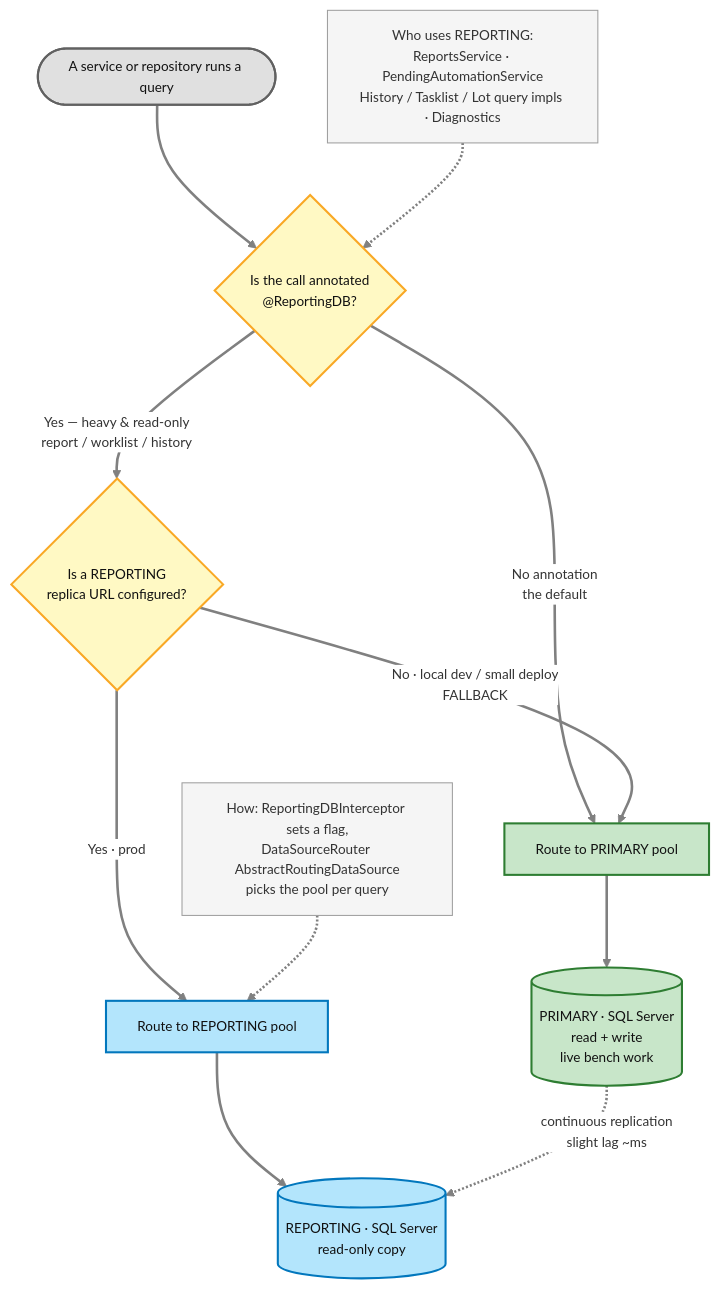
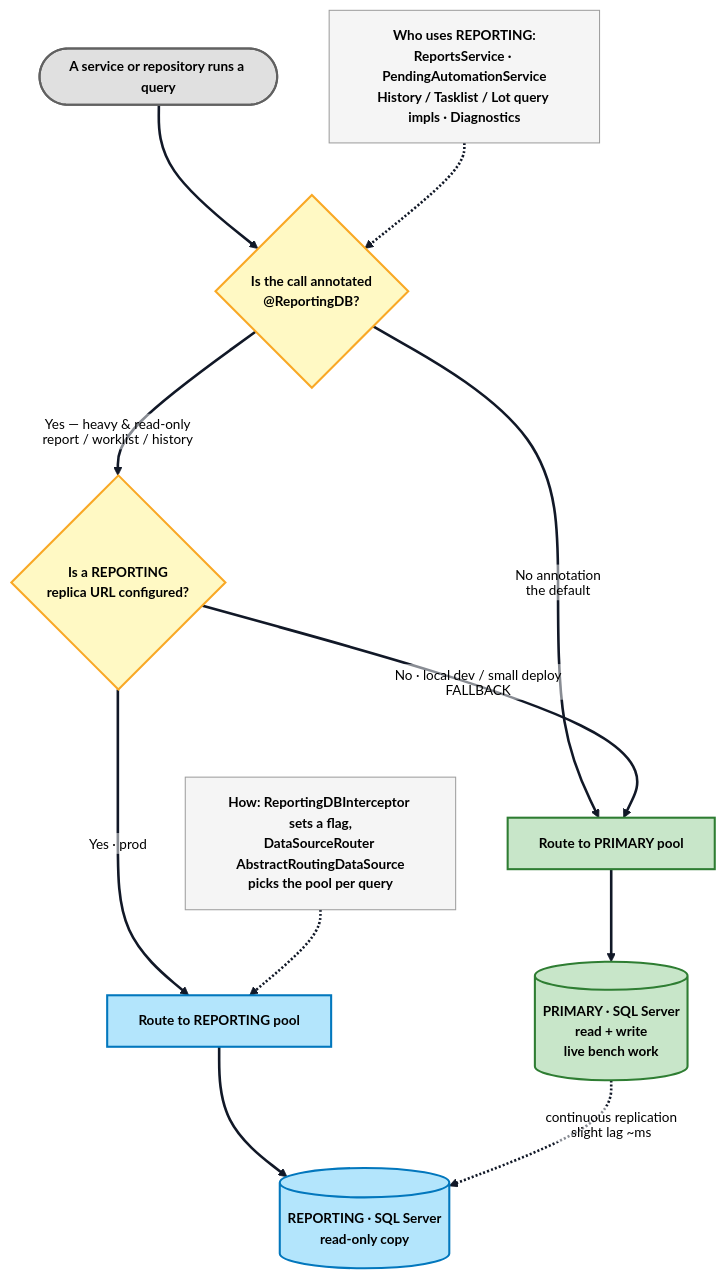
The fourth of 4 diagrams in src/assets/pages/app-resources/nerds/appDetails/00step/system-architecture/system-architecture.md (fengyanglin09/my-work-dashboard-app), drawn with Mermaid before and after one commit. The commit also changed other lines of this file and 35 other files, not shown here.

Commit message:
Add new mermaid diagrams for workflow and testing processes

````diff
--- a/src/assets/pages/app-resources/nerds/appDetails/00step/system-architecture/system-architecture.md
+++ b/src/assets/pages/app-resources/nerds/appDetails/00step/system-architecture/system-architecture.md
@@ -338,33 +338,33 @@
 ```mermaid
-%%{init: {"theme":"base", "themeVariables":{"background":"#ffffff","lineColor":"#808080","edgeLabelBackground":"#ffffff","fontSize":"13px"}, "flowchart":{"curve":"basis"}}}%%
+%%{init: {"theme":"base", "themeVariables":{"background":"#ffffff","mainBkg":"#ffffff","primaryColor":"#f8fafc","primaryTextColor":"#000000","primaryBorderColor":"#111827","secondaryColor":"#f8fafc","secondaryTextColor":"#000000","secondaryBorderColor":"#111827","tertiaryColor":"#f8fafc","tertiaryTextColor":"#000000","tertiaryBorderColor":"#111827","lineColor":"#111827","defaultLinkColor":"#111827","nodeTextColor":"#000000","textColor":"#000000","titleColor":"#000000","edgeLabelBackground":"#ffffff","clusterBkg":"#f8fafc","clusterBorder":"#111827","fontSize":"13px"}, "themeCSS":".nodeLabel,.nodeLabel *,.edgeLabel,.edgeLabel *,.cluster-label,.cluster-label *,.label,.label *,foreignObject,foreignObject *,text,tspan{color:#000000 !important;fill:#000000 !important;font-weight:700 !important;}.edgeLabel rect,.labelBkg{fill:#ffffff !important;opacity:0.96 !important;}", "flowchart":{"curve":"basis","htmlLabels":false}}}%%
 flowchart TD
     START([A service or repository runs a query]) --> ANN{Is the call annotated<br/>@ReportingDB?}
 
     ANN -->|No annotation<br/>the default| USEP[Route to PRIMARY pool]
     ANN -->|Yes — heavy & read-only<br/>report / worklist / history| CFG{Is a REPORTING<br/>replica URL configured?}
 
     CFG -->|Yes · prod| USER[Route to REPORTING pool]
     CFG -->|No · local dev / small deploy<br/>FALLBACK| USEP
 
     USEP --> PRIMARY[(PRIMARY · SQL Server<br/>read + write<br/>live bench work)]
     USER --> REPLICA[(REPORTING · SQL Server<br/>read-only copy)]
 
     PRIMARY -.->|continuous replication<br/>slight lag ~ms| REPLICA
 
     WHO[Who uses REPORTING:<br/>ReportsService · PendingAutomationService<br/>History / Tasklist / Lot query impls · Diagnostics] -.-> ANN
     MECH[How: ReportingDBInterceptor sets a flag,<br/>DataSourceRouter AbstractRoutingDataSource<br/>picks the pool per query] -.-> USER
 
-    classDef start   fill:#e0e0e0,stroke:#616161,stroke-width:2px,color:#111111;
-    classDef decide  fill:#fff9c4,stroke:#f9a825,stroke-width:2px,color:#111111;
-    classDef primary fill:#c8e6c9,stroke:#2e7d32,stroke-width:2px,color:#111111;
-    classDef replica fill:#b3e5fc,stroke:#0277bd,stroke-width:2px,color:#111111;
-    classDef note    fill:#f5f5f5,stroke:#9e9e9e,stroke-width:1px,color:#333333;
+    classDef start   fill:#e0e0e0,stroke:#616161,stroke-width:2px,color:#000000,font-weight:700;
+    classDef decide  fill:#fff9c4,stroke:#f9a825,stroke-width:2px,color:#000000,font-weight:700;
+    classDef primary fill:#c8e6c9,stroke:#2e7d32,stroke-width:2px,color:#000000,font-weight:700;
+    classDef replica fill:#b3e5fc,stroke:#0277bd,stroke-width:2px,color:#000000,font-weight:700;
+    classDef note    fill:#f5f5f5,stroke:#9e9e9e,stroke-width:1px,color:#000000,font-weight:700;
 
     class START start;
     class ANN,CFG decide;
     class USEP,PRIMARY primary;
     class USER,REPLICA replica;
     class WHO,MECH note;
 
-    linkStyle default stroke:#808080,stroke-width:2.5px
+    linkStyle default stroke:#111827,stroke-width:2.5px
 ```
````
